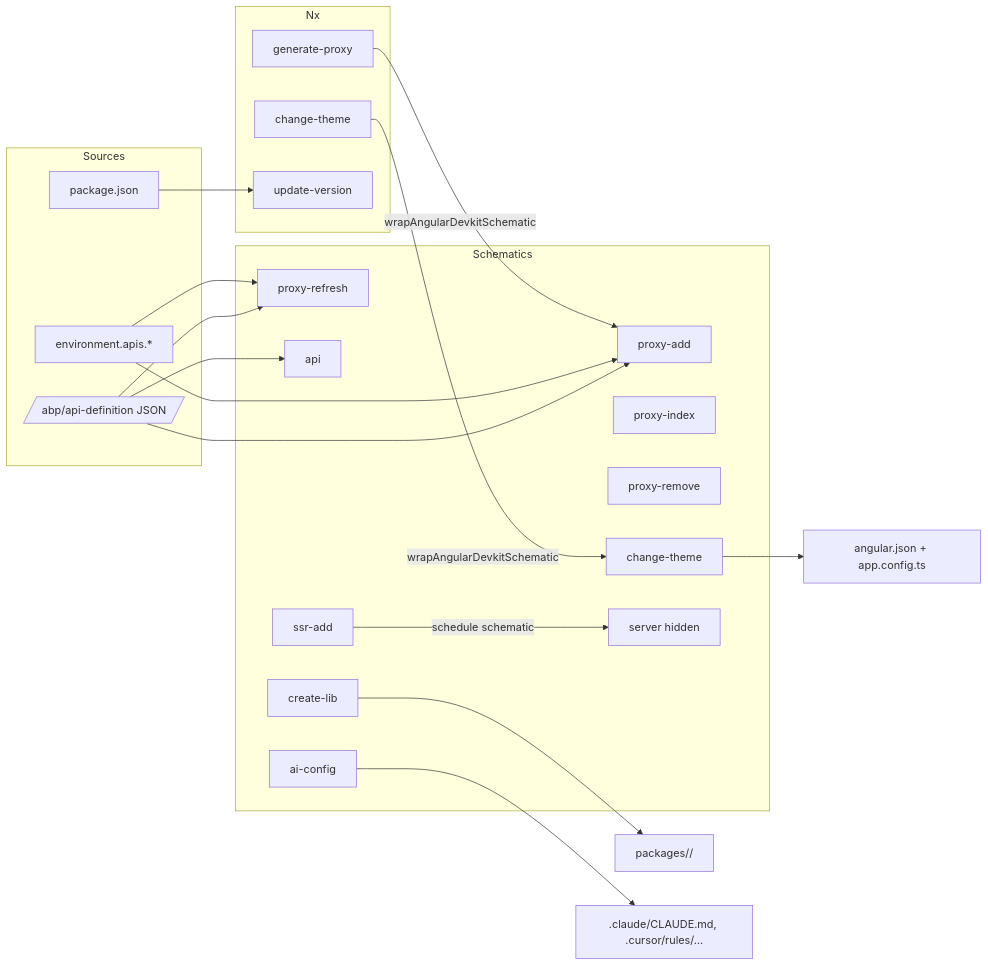
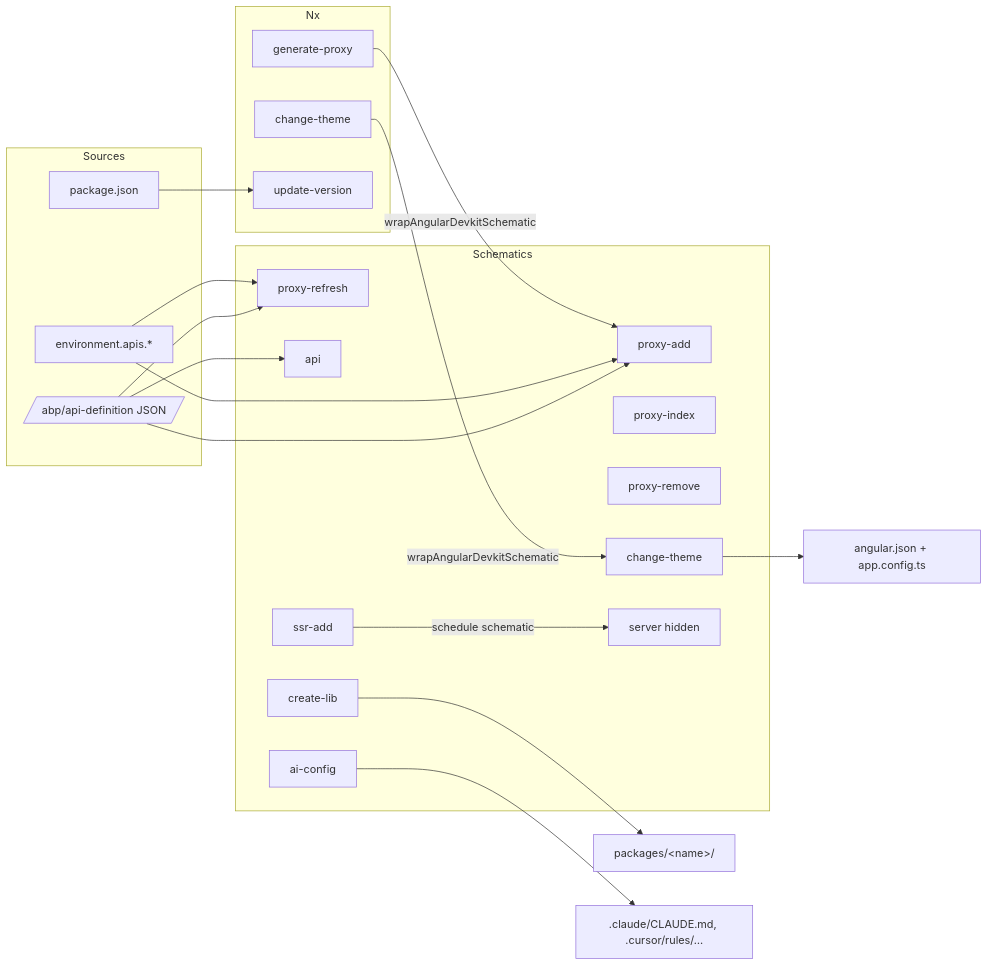
The diagram in angular/schematics-and-generators.mdx (mintlify-atlas/docs-wiki-df1135b9), drawn with Mermaid before and after one commit. The commit also changed other lines of this file and 125 other files, not shown here.

````diff
--- a/angular/schematics-and-generators.mdx
+++ b/angular/schematics-and-generators.mdx
@@ -433,40 +433,40 @@
 ```mermaid
 flowchart LR
   subgraph Sources
     Be[/abp/api-definition JSON/]
     Env[environment.apis.*]
     PkgJson[package.json]
   end
 
   subgraph Schematics
     PA[proxy-add]
     PR[proxy-refresh]
     PI[proxy-index]
     PRM[proxy-remove]
     API[api]
     CL[create-lib]
     CT[change-theme]
     AI[ai-config]
     SSR[ssr-add]
     SRV[server hidden]
   end
 
   subgraph Nx
     NGP[generate-proxy]
     NCT[change-theme]
     NUV[update-version]
   end
 
   Be --> PA
   Be --> PR
   Be --> API
   Env --> PA
   Env --> PR
   PkgJson --> NUV
   NGP -->|wrapAngularDevkitSchematic| PA
   NCT -->|wrapAngularDevkitSchematic| CT
   SSR -->|schedule schematic| SRV
   CT --> AngularJson[angular.json + app.config.ts]
-  CL --> Workspace[packages/<name>/]
+  CL --> Workspace["packages/&lt;name&gt;/"]
   AI --> Rules[.claude/CLAUDE.md, .cursor/rules/…]
 ```
````
